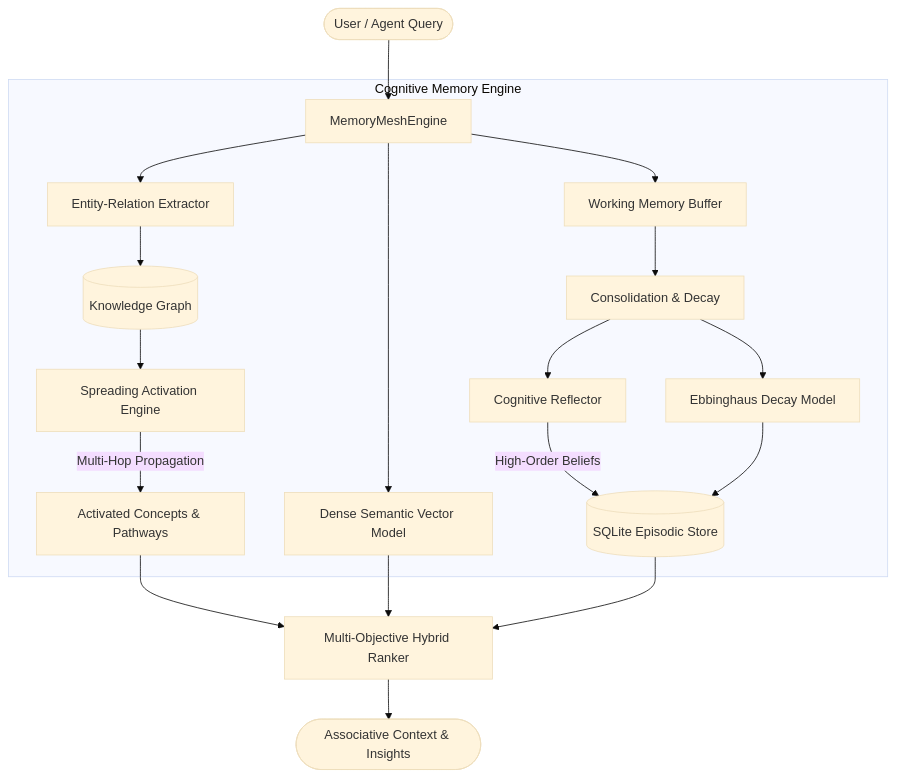
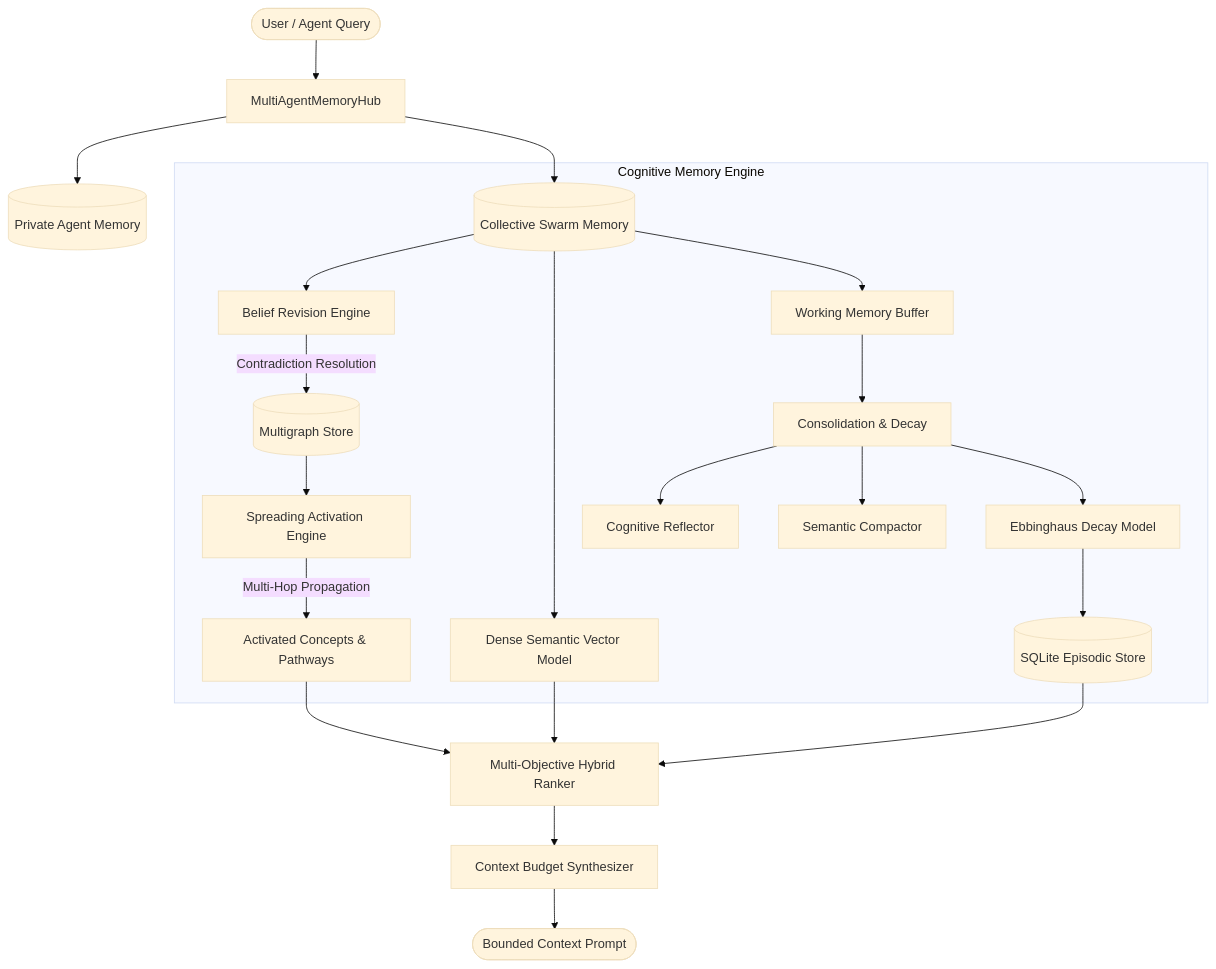
One commit to nhminhhh/agentic-memory-mesh changed the diagram in README.md. Above: the diagram before and after it, drawn with Mermaid (base theme). The commit also changed other lines of this file and 1 other file, not shown here.

Commit message:
docs: update architecture, add multi-agent & belief revision examples and benchmark table

````diff
--- a/README.md
+++ b/README.md
@@ -16,25 +16,28 @@
 ```mermaid
 flowchart TD
-    UserQuery([User / Agent Query]) --> Mesh[MemoryMeshEngine]
+    UserQuery([User / Agent Query]) --> Hub[MultiAgentMemoryHub]
+    Hub --> PrivateMem[(Private Agent Memory)]
+    Hub --> SharedMem[(Collective Swarm Memory)]
     
     subgraph Cognitive Memory Engine
-        Mesh --> Extractor[Entity-Relation Extractor]
-        Extractor --> GraphStore[(Knowledge Graph)]
+        SharedMem --> Reviser[Belief Revision Engine]
+        Reviser -->|Contradiction Resolution| GraphStore[(Multigraph Store)]
         GraphStore --> Spreader[Spreading Activation Engine]
         Spreader -->|Multi-Hop Propagation| Activations[Activated Concepts & Pathways]
         
-        Mesh --> DenseEmbed[Dense Semantic Vector Model]
+        SharedMem --> DenseEmbed[Dense Semantic Vector Model]
         
-        Mesh --> Buffer[Working Memory Buffer]
+        SharedMem --> Buffer[Working Memory Buffer]
         Buffer --> Consolidator[Consolidation & Decay]
         Consolidator --> Reflector[Cognitive Reflector]
-        Reflector -->|High-Order Beliefs| EpisodicStore[(SQLite Episodic Store)]
+        Consolidator --> Compactor[Semantic Compactor]
         Consolidator --> Decay[Ebbinghaus Decay Model]
-        Decay --> EpisodicStore
+        Decay --> EpisodicStore[(SQLite Episodic Store)]
     end
     
     Activations --> Ranker[Multi-Objective Hybrid Ranker]
     DenseEmbed --> Ranker
     EpisodicStore --> Ranker
-    Ranker --> Result([Associative Context & Insights])
+    Ranker --> Packer[Context Budget Synthesizer]
+    Packer --> Result([Bounded Context Prompt])
 ```
````
